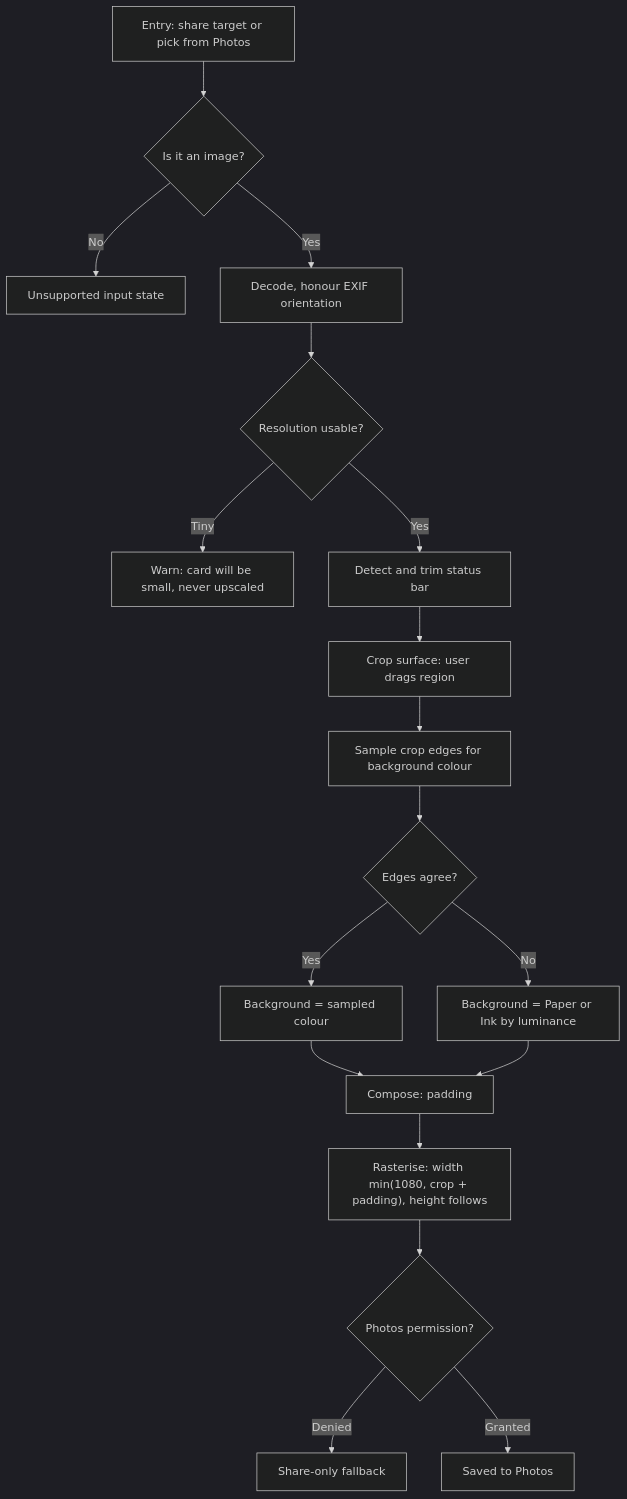
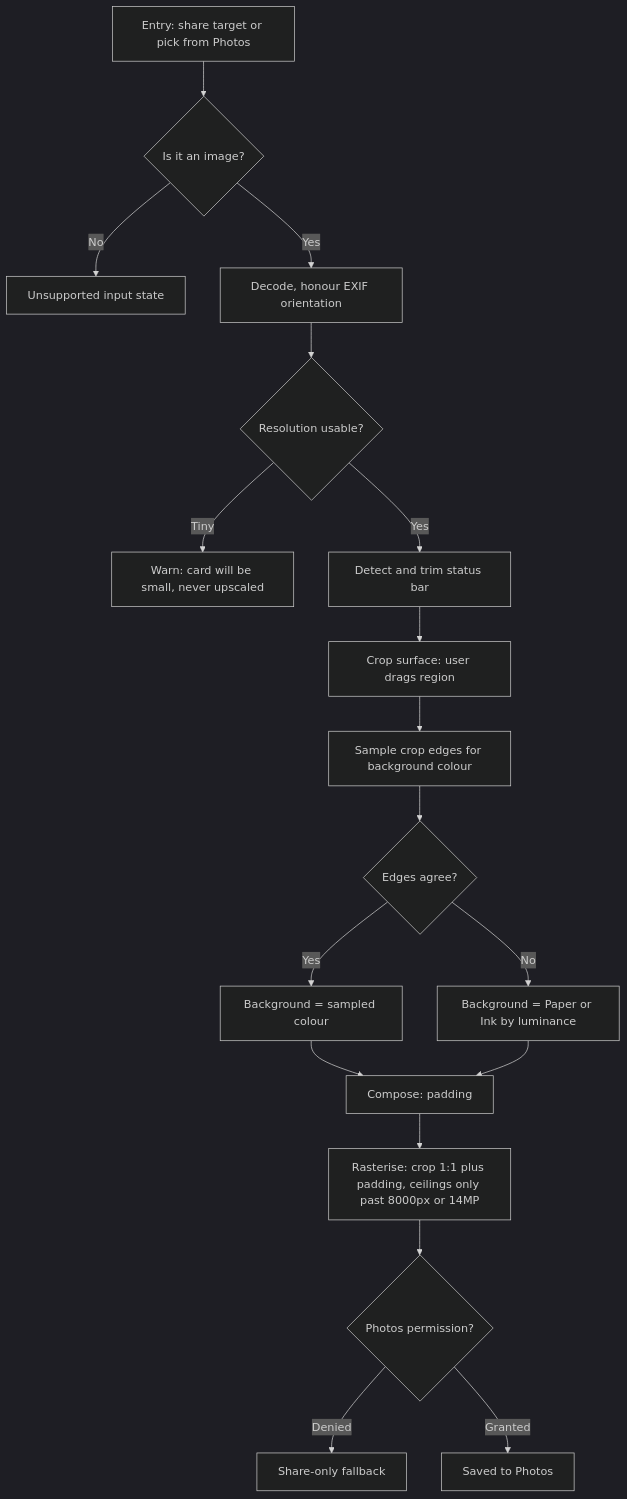
Before and after one commit to B-ismark/Twitwa: the diagram in social-card-renderer.md, drawn with Mermaid (dark theme). The commit also changed other lines of this file and 12 other files, not shown here.

````diff
--- a/social-card-renderer.md
+++ b/social-card-renderer.md
@@ -355,20 +374,20 @@
 ```mermaid
 flowchart TD
     A["Entry: share target or pick from Photos"] --> B{"Is it an image?"}
     B -->|"No"| B1["Unsupported input state"]
     B -->|"Yes"| C["Decode, honour EXIF orientation"]
     C --> D{"Resolution usable?"}
     D -->|"Tiny"| D1["Warn: card will be small, never upscaled"]
     D -->|"Yes"| E["Detect and trim status bar"]
     E --> F["Crop surface: user drags region"]
     F --> I["Sample crop edges for background colour"]
     I --> J{"Edges agree?"}
     J -->|"Yes"| K["Background = sampled colour"]
     J -->|"No"| K2["Background = Paper or Ink by luminance"]
     K --> L["Compose: padding"]
     K2 --> L
-    L --> M["Rasterise: width min(1080, crop + padding), height follows"]
+    L --> M["Rasterise: crop 1:1 plus padding, ceilings only past 8000px or 14MP"]
     M --> N{"Photos permission?"}
     N -->|"Denied"| N1["Share-only fallback"]
     N -->|"Granted"| O["Saved to Photos"]
 ```
````
